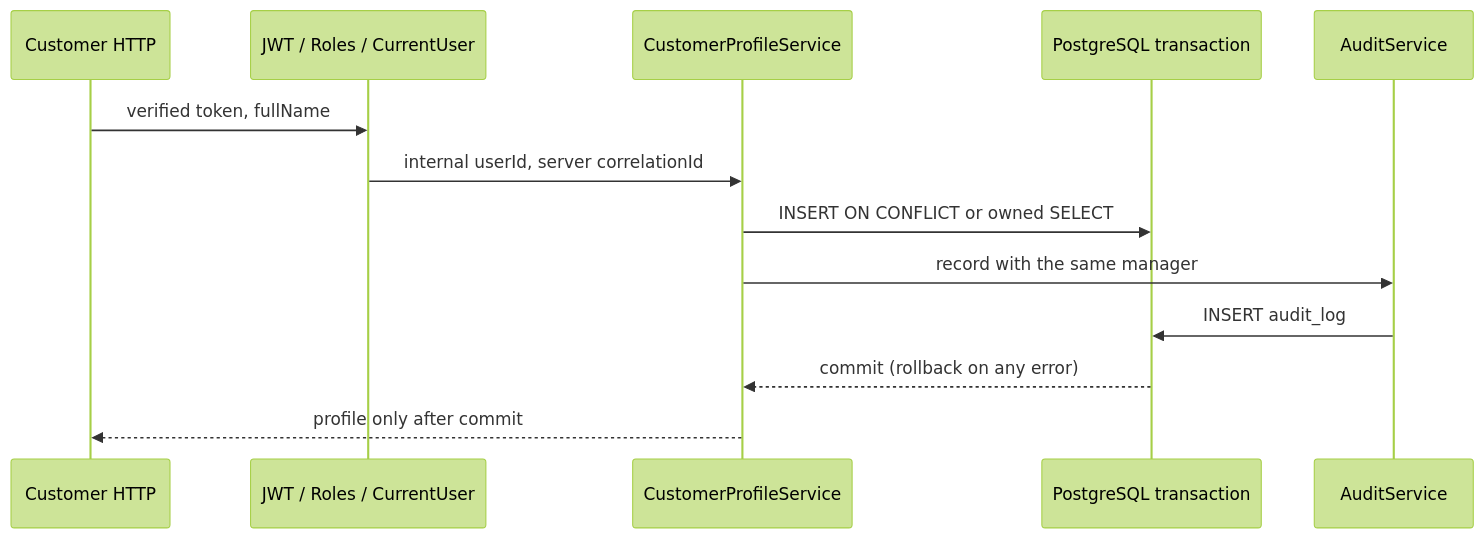
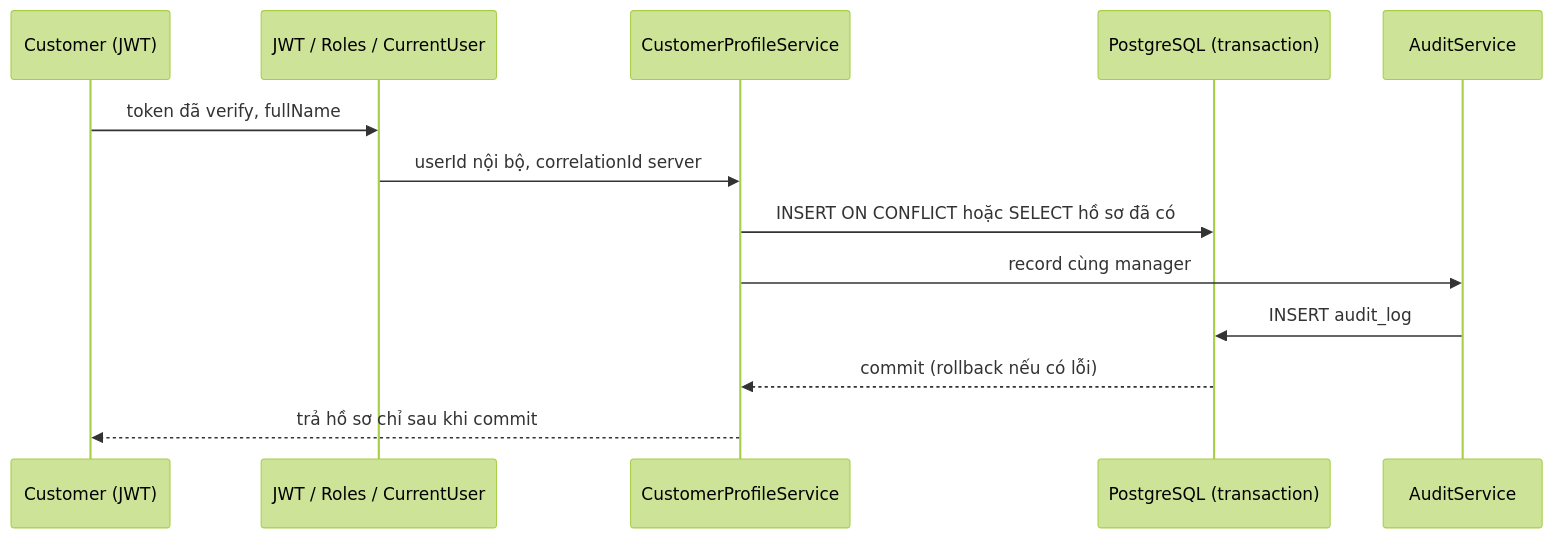
One commit to Lawliet119/digital-banking-simulator changed the diagram in docs/features/DBS-62-customer-onboarding.md. Above: the diagram before and after it, drawn with Mermaid (forest theme). The commit also changed other lines of this file and 2 other files, not shown here.

````diff
--- a/docs/features/DBS-62-customer-onboarding.md
+++ b/docs/features/DBS-62-customer-onboarding.md
@@ -25,15 +60,15 @@
 ```mermaid
 sequenceDiagram
-    participant HTTP as Customer HTTP
+    participant HTTP as Customer (JWT)
     participant Guard as JWT / Roles / CurrentUser
     participant Profile as CustomerProfileService
-    participant DB as PostgreSQL transaction
+    participant DB as PostgreSQL (transaction)
     participant Audit as AuditService
-    HTTP->>Guard: verified token, fullName
-    Guard->>Profile: internal userId, server correlationId
-    Profile->>DB: INSERT ON CONFLICT or owned SELECT
-    Profile->>Audit: record with the same manager
+    HTTP->>Guard: token đã verify, fullName
+    Guard->>Profile: userId nội bộ, correlationId server
+    Profile->>DB: INSERT ON CONFLICT hoặc SELECT hồ sơ đã có
+    Profile->>Audit: record cùng manager
     Audit->>DB: INSERT audit_log
-    DB-->>Profile: commit (rollback on any error)
-    Profile-->>HTTP: profile only after commit
+    DB-->>Profile: commit (rollback nếu có lỗi)
+    Profile-->>HTTP: trả hồ sơ chỉ sau khi commit
 ```
````
